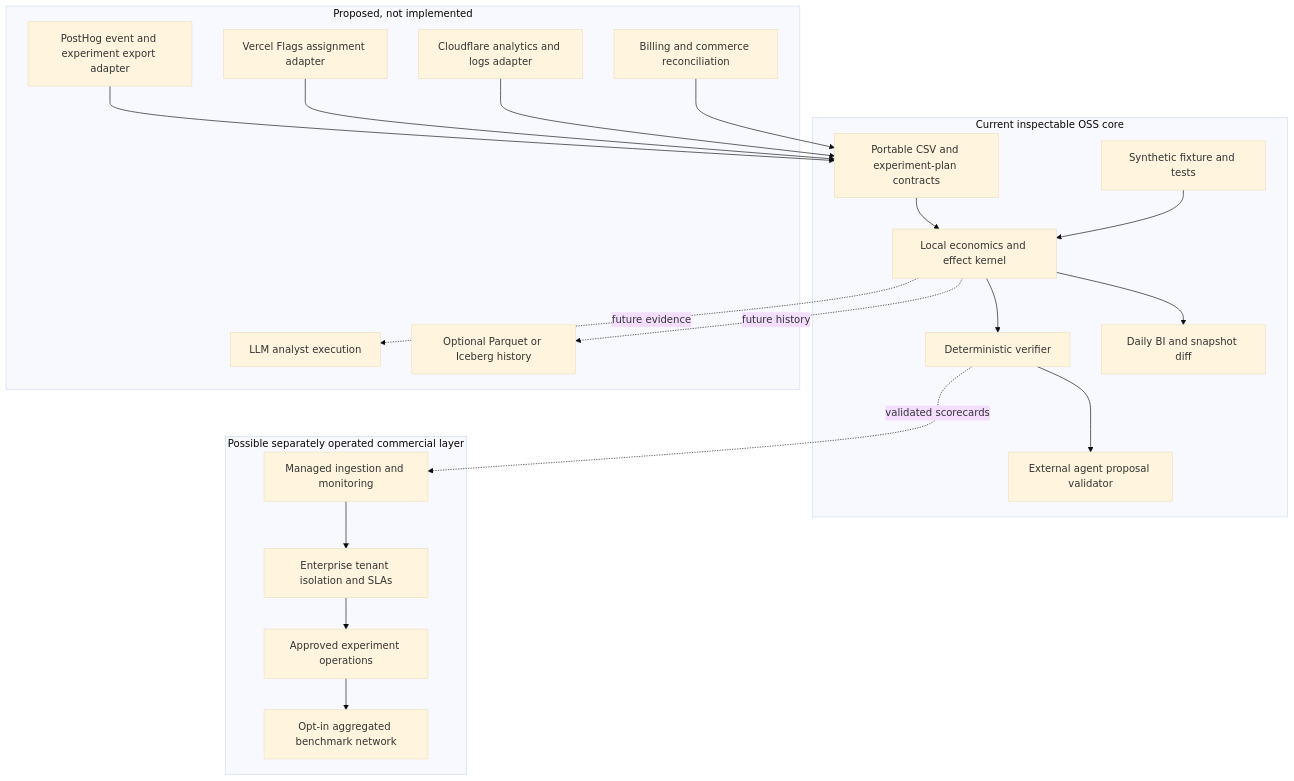
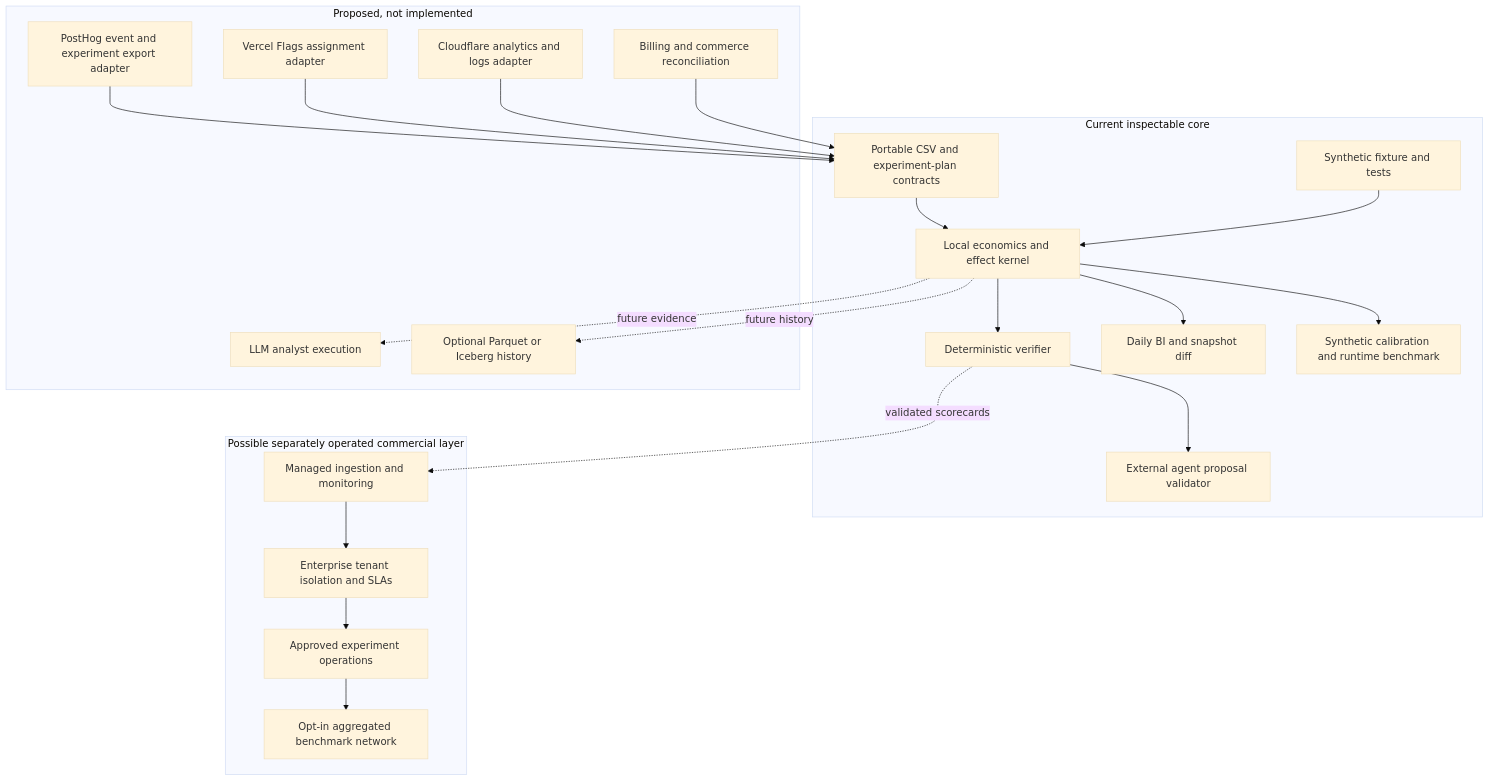
The second of 2 diagrams in README.md (AAH20/growth-decision-engine), drawn with Mermaid (base theme) before and after one commit. The commit also changed other lines of this file and 9 other files, not shown here.

Commit message:
Add inspectable calibration and runtime evidence

````diff
--- a/README.md
+++ b/README.md
@@ -77,37 +92,39 @@
 ```mermaid
 flowchart TB
-    subgraph OSS[Current inspectable OSS core]
+    subgraph Core[Current inspectable core]
         CSV[Portable CSV and experiment-plan contracts]
         K[Local economics and effect kernel]
         VER[Deterministic verifier]
         BI[Daily BI and snapshot diff]
         PROP[External agent proposal validator]
         FIX[Synthetic fixture and tests]
+        CAL[Synthetic calibration and runtime benchmark]
         CSV --> K --> VER
         K --> BI
         VER --> PROP
         FIX --> K
+        K --> CAL
     end
     subgraph Next[Proposed, not implemented]
         P[PostHog event and experiment export adapter]
         F[Vercel Flags assignment adapter]
         W[Cloudflare analytics and logs adapter]
         B[Billing and commerce reconciliation]
         AG[LLM analyst execution]
         ICE[Optional Parquet or Iceberg history]
     end
     subgraph Commercial[Possible separately operated commercial layer]
         MAN[Managed ingestion and monitoring]
         TEN[Enterprise tenant isolation and SLAs]
         OPT[Approved experiment operations]
         NET[Opt-in aggregated benchmark network]
     end
     P --> CSV
     F --> CSV
     W --> CSV
     B --> CSV
     K -. future evidence .-> AG
     K -. future history .-> ICE
     VER -. validated scorecards .-> MAN
     MAN --> TEN --> OPT --> NET
 ```
````
